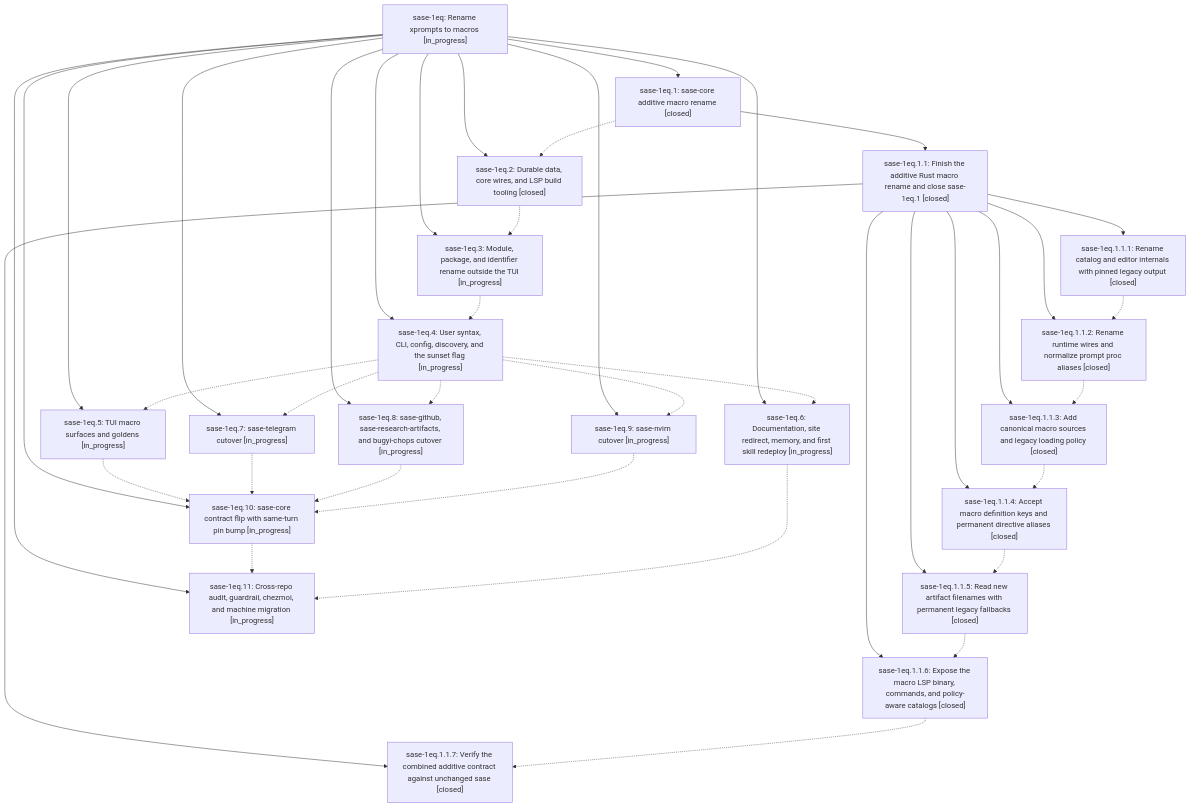
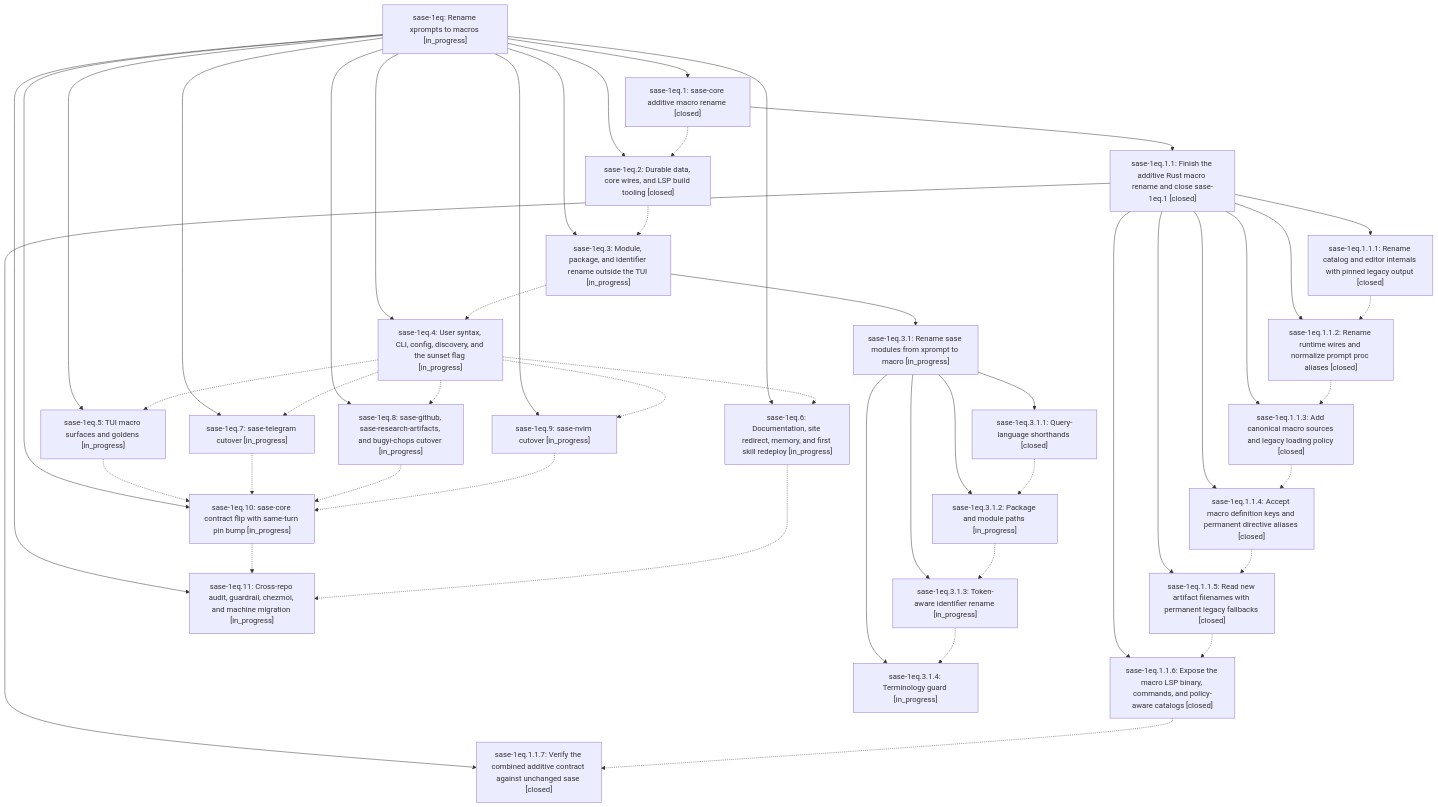
The diagram in pages/sase-1eq/README.md (sase-org/sase--beads), drawn with Mermaid before and after one commit. The commit also changed other lines of this file and 8 other files, not shown here.

````diff
--- a/pages/sase-1eq/README.md
+++ b/pages/sase-1eq/README.md
@@ -32,62 +32,75 @@
 ```mermaid
 flowchart TD
     n0["sase-1eq: Rename xprompts to macros [in_progress]"]
     n1["sase-1eq.1: sase-core additive macro rename [closed]"]
     n2["sase-1eq.1.1: Finish the additive Rust macro rename and close sase-1eq.1 [closed]"]
     n3["sase-1eq.1.1.1: Rename catalog and editor internals with pinned legacy output [closed]"]
     n4["sase-1eq.1.1.2: Rename runtime wires and normalize prompt proc aliases [closed]"]
     n5["sase-1eq.1.1.3: Add canonical macro sources and legacy loading policy [closed]"]
     n6["sase-1eq.1.1.4: Accept macro definition keys and permanent directive aliases [closed]"]
     n7["sase-1eq.1.1.5: Read new artifact filenames with permanent legacy fallbacks [closed]"]
     n8["sase-1eq.1.1.6: Expose the macro LSP binary, commands, and policy-aware catalogs [closed]"]
     n9["sase-1eq.1.1.7: Verify the combined additive contract against unchanged sase [closed]"]
     n10["sase-1eq.10: sase-core contract flip with same-turn pin bump [in_progress]"]
     n11["sase-1eq.11: Cross-repo audit, guardrail, chezmoi, and machine migration [in_progress]"]
     n12["sase-1eq.2: Durable data, core wires, and LSP build tooling [closed]"]
     n13["sase-1eq.3: Module, package, and identifier rename outside the TUI [in_progress]"]
-    n14["sase-1eq.4: User syntax, CLI, config, discovery, and the sunset flag [in_progress]"]
-    n15["sase-1eq.5: TUI macro surfaces and goldens [in_progress]"]
-    n16["sase-1eq.6: Documentation, site redirect, memory, and first skill redeploy [in_progress]"]
-    n17["sase-1eq.7: sase-telegram cutover [in_progress]"]
-    n18["sase-1eq.8: sase-github, sase-research-artifacts, and bugyi-chops cutover [in_progress]"]
-    n19["sase-1eq.9: sase-nvim cutover [in_progress]"]
+    n14["sase-1eq.3.1: Rename sase modules from xprompt to macro [in_progress]"]
+    n15["sase-1eq.3.1.1: Query-language shorthands [closed]"]
+    n16["sase-1eq.3.1.2: Package and module paths [in_progress]"]
+    n17["sase-1eq.3.1.3: Token-aware identifier rename [in_progress]"]
+    n18["sase-1eq.3.1.4: Terminology guard [in_progress]"]
+    n19["sase-1eq.4: User syntax, CLI, config, discovery, and the sunset flag [in_progress]"]
+    n20["sase-1eq.5: TUI macro surfaces and goldens [in_progress]"]
+    n21["sase-1eq.6: Documentation, site redirect, memory, and first skill redeploy [in_progress]"]
+    n22["sase-1eq.7: sase-telegram cutover [in_progress]"]
+    n23["sase-1eq.8: sase-github, sase-research-artifacts, and bugyi-chops cutover [in_progress]"]
+    n24["sase-1eq.9: sase-nvim cutover [in_progress]"]
     n0 --> n1
     n1 --> n2
     n2 --> n3
     n2 --> n4
     n2 --> n5
     n2 --> n6
     n2 --> n7
     n2 --> n8
     n2 --> n9
     n0 --> n10
     n0 --> n11
     n0 --> n12
     n0 --> n13
-    n0 --> n14
-    n0 --> n15
-    n0 --> n16
-    n0 --> n17
-    n0 --> n18
+    n13 --> n14
+    n14 --> n15
+    n14 --> n16
+    n14 --> n17
+    n14 --> n18
     n0 --> n19
+    n0 --> n20
+    n0 --> n21
+    n0 --> n22
+    n0 --> n23
+    n0 --> n24
     n1 -.-> n12
     n3 -.-> n4
     n4 -.-> n5
     n5 -.-> n6
     n6 -.-> n7
     n7 -.-> n8
     n8 -.-> n9
     n10 -.-> n11
     n12 -.-> n13
-    n13 -.-> n14
-    n14 -.-> n15
-    n14 -.-> n16
-    n14 -.-> n17
-    n14 -.-> n18
-    n14 -.-> n19
-    n15 -.-> n10
-    n16 -.-> n11
-    n17 -.-> n10
-    n18 -.-> n10
-    n19 -.-> n10
+    n13 -.-> n19
+    n15 -.-> n16
+    n16 -.-> n17
+    n17 -.-> n18
+    n19 -.-> n20
+    n19 -.-> n21
+    n19 -.-> n22
+    n19 -.-> n23
+    n19 -.-> n24
+    n20 -.-> n10
+    n21 -.-> n11
+    n22 -.-> n10
+    n23 -.-> n10
+    n24 -.-> n10
 ```
````
